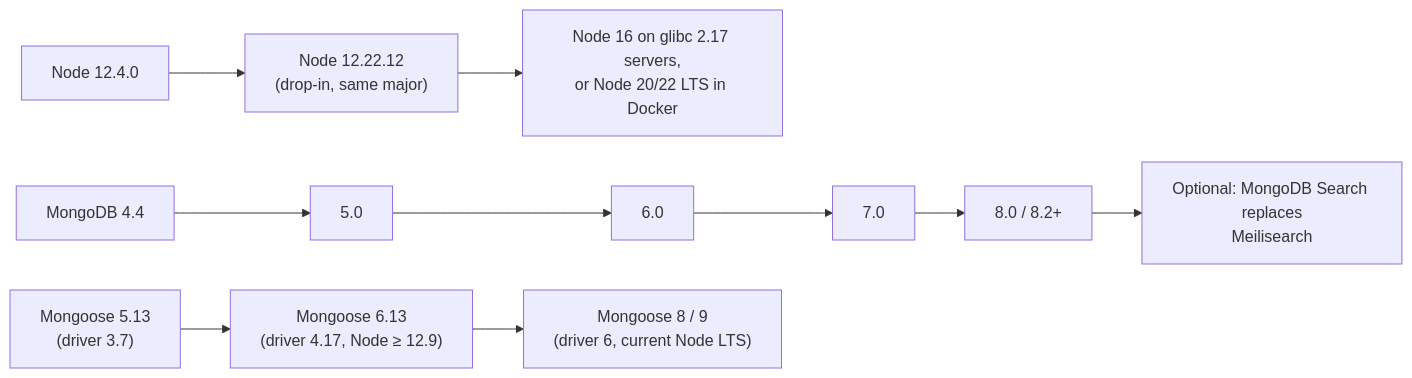
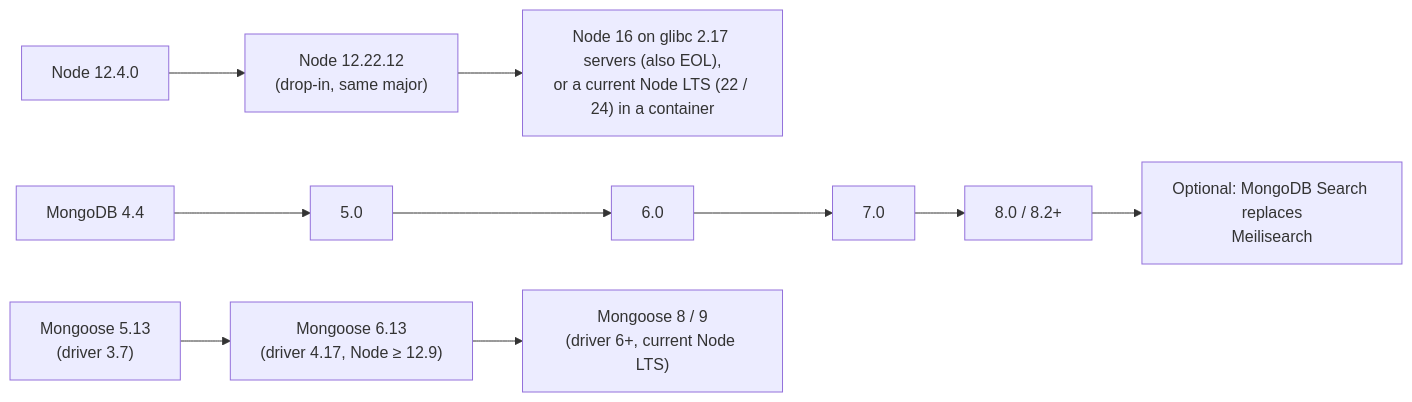
One commit to greensoft-atom/tex-platform changed the sixth of 6 diagrams in 11-target-runtime-node12-mongodb.md. Above: the diagram before and after it, drawn with Mermaid. The commit also changed other lines of this file and 615 other files, not shown here.

````diff
--- a/11-target-runtime-node12-mongodb.md
+++ b/11-target-runtime-node12-mongodb.md
@@ -479,8 +483,8 @@
 ```mermaid
 flowchart LR
     N0["Node 12.4.0"] --> N1["Node 12.22.12<br/>(drop-in, same major)"]
-    N1 --> N2["Node 16 on glibc 2.17 servers,<br/>or Node 20/22 LTS in Docker"]
+    N1 --> N2["Node 16 on glibc 2.17 servers (also EOL),<br/>or a current Node LTS (22 / 24) in a container"]
     M0["MongoDB 4.4"] --> M1["5.0"] --> M2["6.0"] --> M3["7.0"] --> M4["8.0 / 8.2+"]
-    D0["Mongoose 5.13<br/>(driver 3.7)"] --> D1["Mongoose 6.13<br/>(driver 4.17, Node ≥ 12.9)"] --> D2["Mongoose 8 / 9<br/>(driver 6, current Node LTS)"]
+    D0["Mongoose 5.13<br/>(driver 3.7)"] --> D1["Mongoose 6.13<br/>(driver 4.17, Node ≥ 12.9)"] --> D2["Mongoose 8 / 9<br/>(driver 6+, current Node LTS)"]
     M4 --> S["Optional: MongoDB Search replaces<br/>Meilisearch"]
 ```
````
